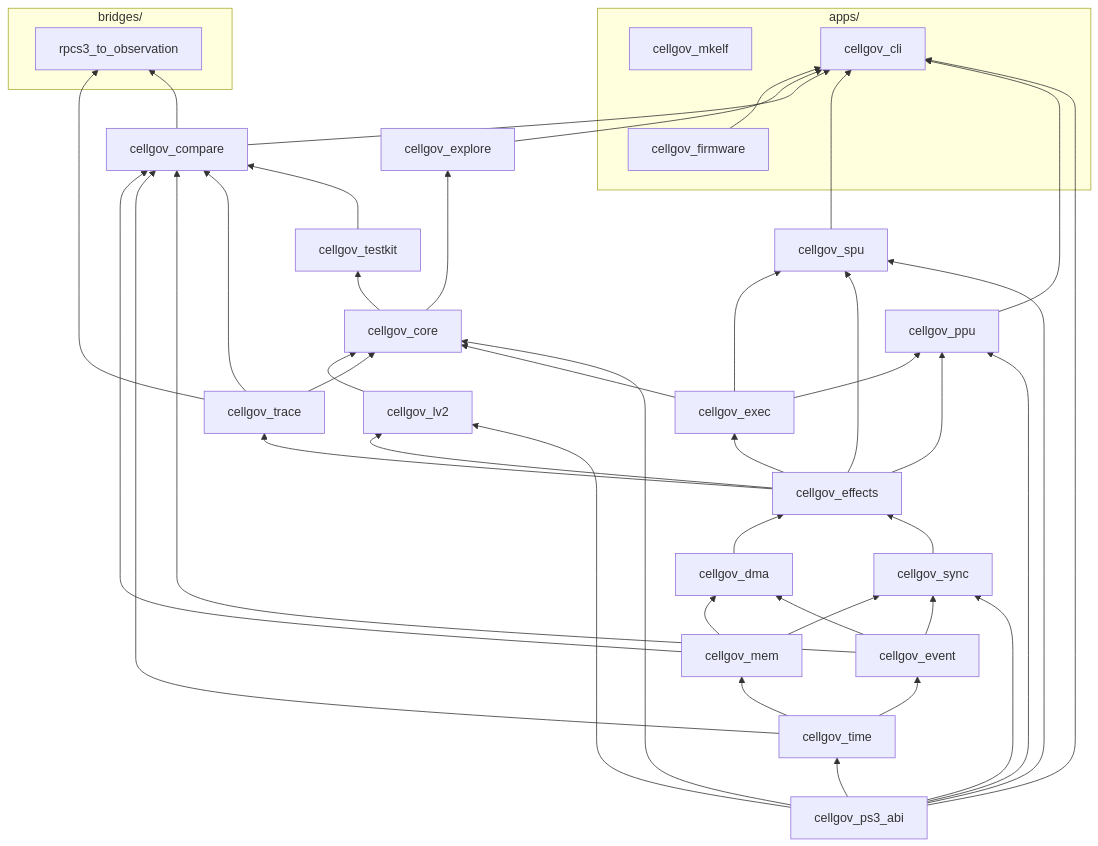
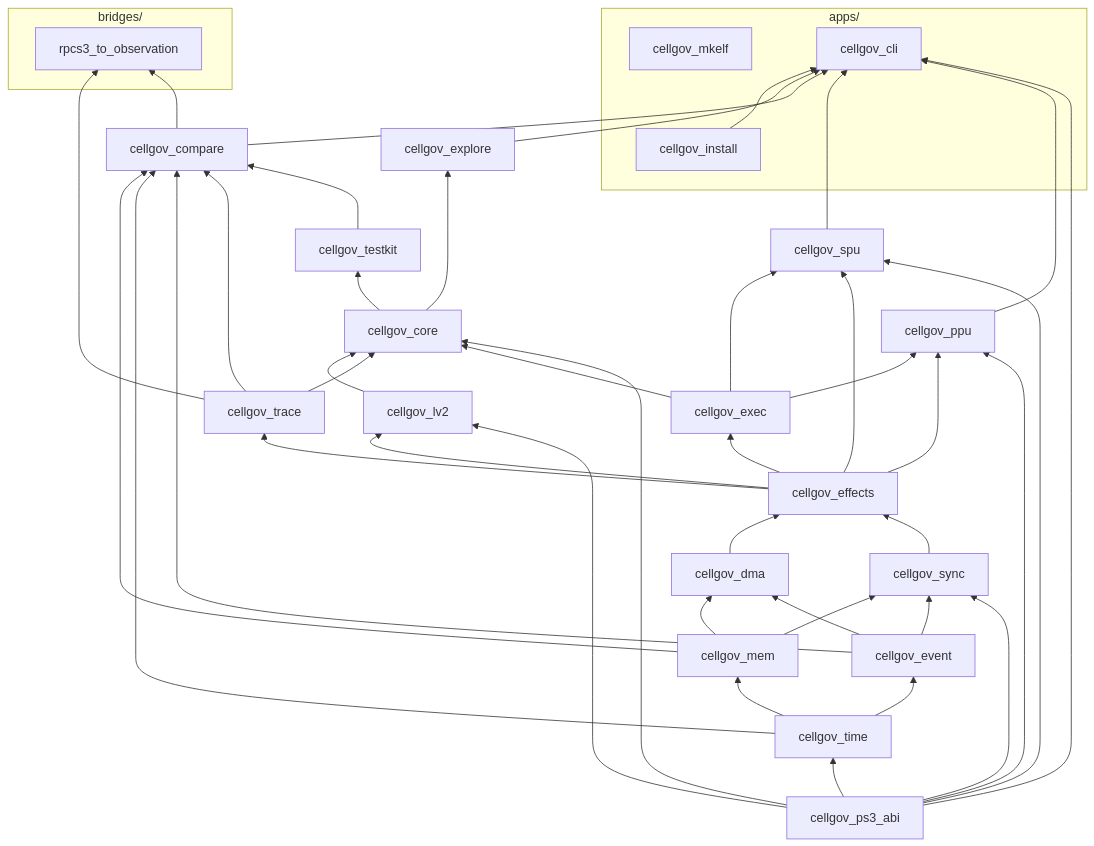
One commit to RoyalAce22/CellGov changed the diagram in docs/architecture.md. Above: the diagram before and after it, drawn with Mermaid. The commit also changed other lines of this file and 58 other files, not shown here.

Commit message:
refactor(workspace): rename cellgov_firmware and trim docs

````diff
--- a/docs/architecture.md
+++ b/docs/architecture.md
@@ -26,80 +26,80 @@
 ```mermaid
 graph BT
   subgraph apps ["apps/"]
-    firmware["cellgov_firmware"]
+    firmware["cellgov_install"]
     mkelf["cellgov_mkelf"]
     cli["cellgov_cli"]
   end
 
   subgraph bridges ["bridges/"]
     rpcs3obs["rpcs3_to_observation"]
   end
 
   ps3_abi[cellgov_ps3_abi]
   time[cellgov_time]
   event[cellgov_event]
   mem[cellgov_mem]
   sync[cellgov_sync]
   dma[cellgov_dma]
   effects[cellgov_effects]
   exec[cellgov_exec]
   trace[cellgov_trace]
   lv2[cellgov_lv2]
   core[cellgov_core]
   ppu[cellgov_ppu]
   spu[cellgov_spu]
   testkit[cellgov_testkit]
   explore[cellgov_explore]
   compare[cellgov_compare]
 
   ps3_abi --> time
   ps3_abi --> sync
   ps3_abi --> lv2
   ps3_abi --> ppu
   ps3_abi --> spu
   ps3_abi --> core
   ps3_abi --> cli
 
   time --> event
   time --> mem
 
   event --> sync
   event --> dma
   mem --> sync
   mem --> dma
 
   sync --> effects
   dma --> effects
 
   effects --> exec
   effects --> trace
   effects --> lv2
   effects --> ppu
   effects --> spu
 
   exec --> core
   exec --> ppu
   exec --> spu
   trace --> core
   lv2 --> core
 
   core --> testkit
   core --> explore
 
   testkit --> compare
   trace --> compare
   event --> compare
   time --> compare
   mem --> compare
 
   ppu --> cli
   spu --> cli
   compare --> cli
   explore --> cli
   compare --> rpcs3obs
   trace --> rpcs3obs
 
   ppu ~~~ spu
   firmware --> cli
   firmware ~~~ mkelf
 ```
````
